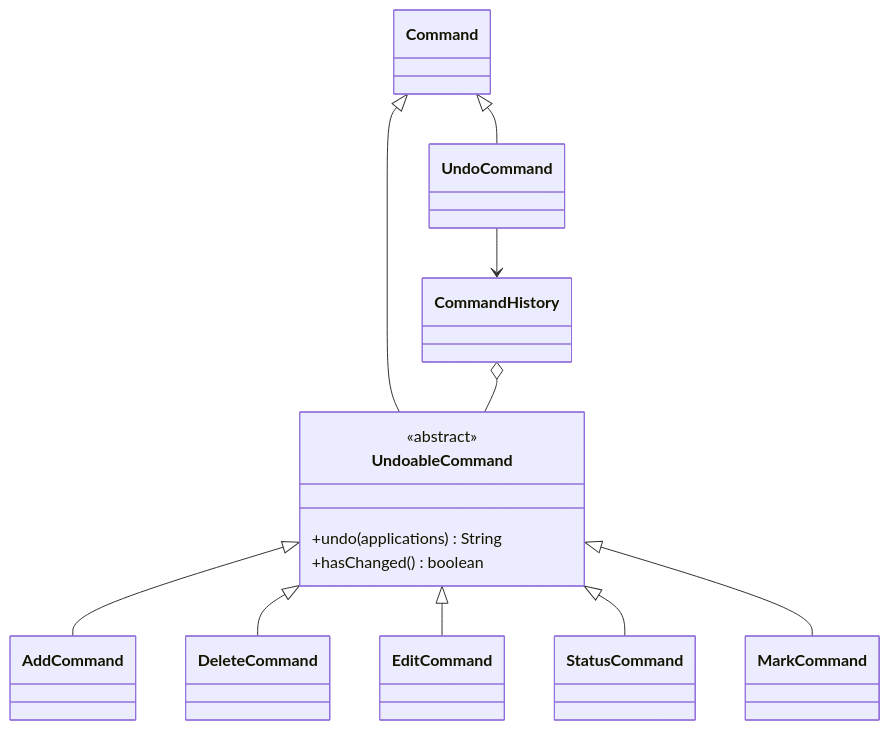
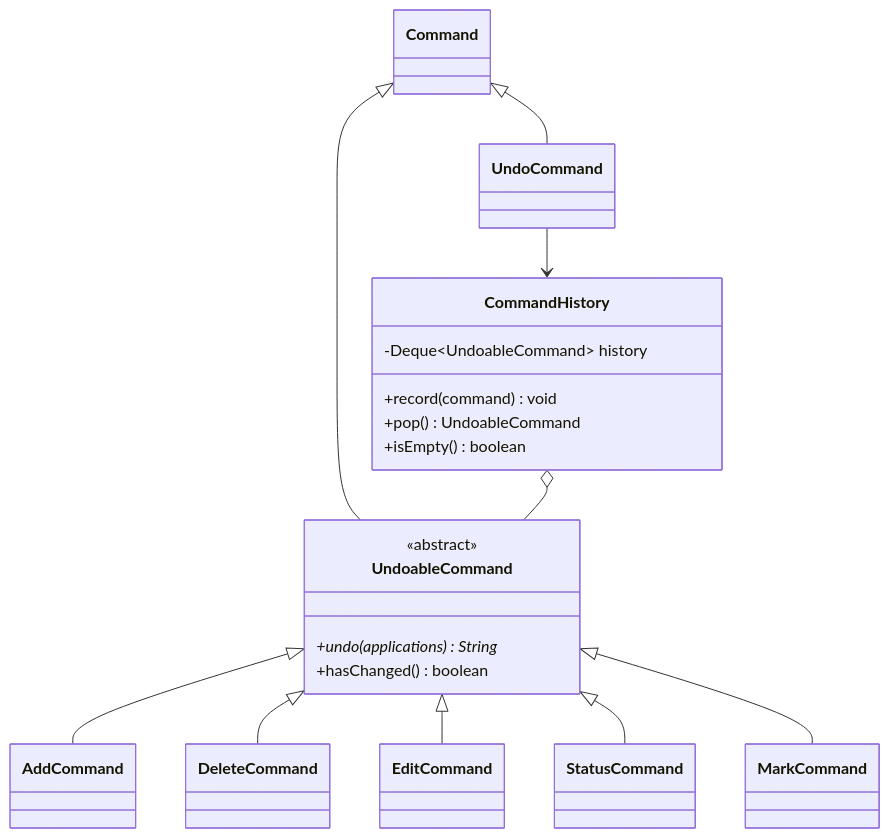
Diagram 12 of 16 in docs/DeveloperGuide.md (AY2627S1-CS2113-T10-2/tp), drawn with Mermaid before and after one commit. The commit also changed other lines of this file and 2 other files, not shown here.

Commit message:
Fix UG and DG to match the code, repair the corrupted undo/find section, and fill in product scope, NFRs and manual tests

````diff
--- a/docs/DeveloperGuide.md
+++ b/docs/DeveloperGuide.md
@@ -443,17 +501,23 @@
 ```mermaid
 classDiagram
     Command <|-- UndoableCommand
     Command <|-- UndoCommand
     UndoableCommand <|-- AddCommand
     UndoableCommand <|-- DeleteCommand
     UndoableCommand <|-- EditCommand
     UndoableCommand <|-- StatusCommand
     UndoableCommand <|-- MarkCommand
     CommandHistory o-- UndoableCommand
     UndoCommand --> CommandHistory
     class UndoableCommand {
         <<abstract>>
-        +undo(applications) String
+        +undo(applications)* String
         +hasChanged() boolean
     }
+    class CommandHistory {
+        -Deque~UndoableCommand~ history
+        +record(command) void
+        +pop() UndoableCommand
+        +isEmpty() boolean
+    }
 ```
````
